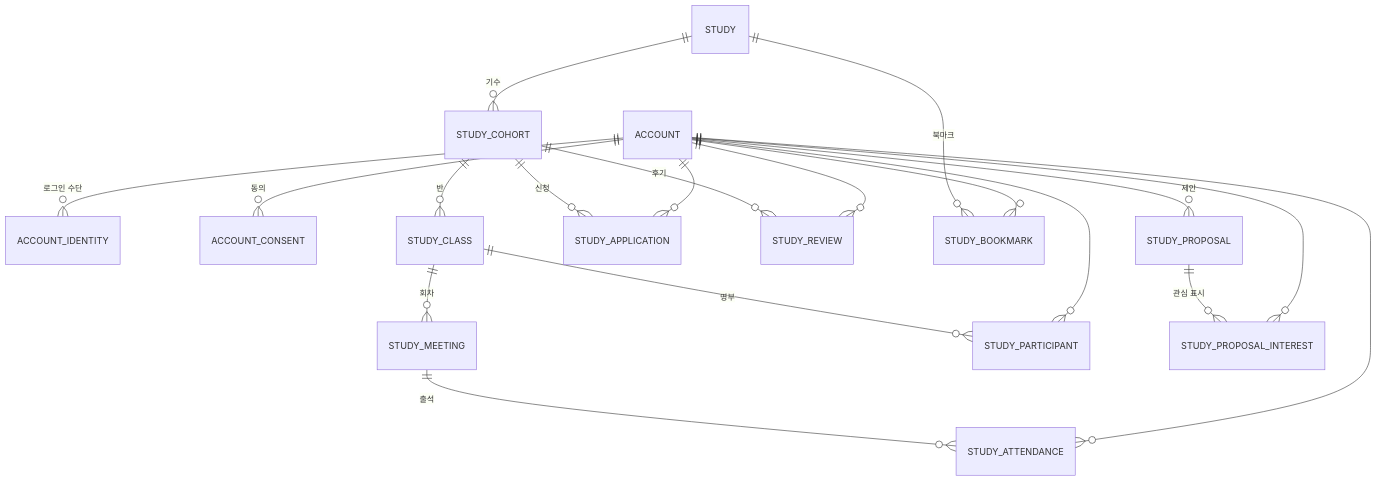
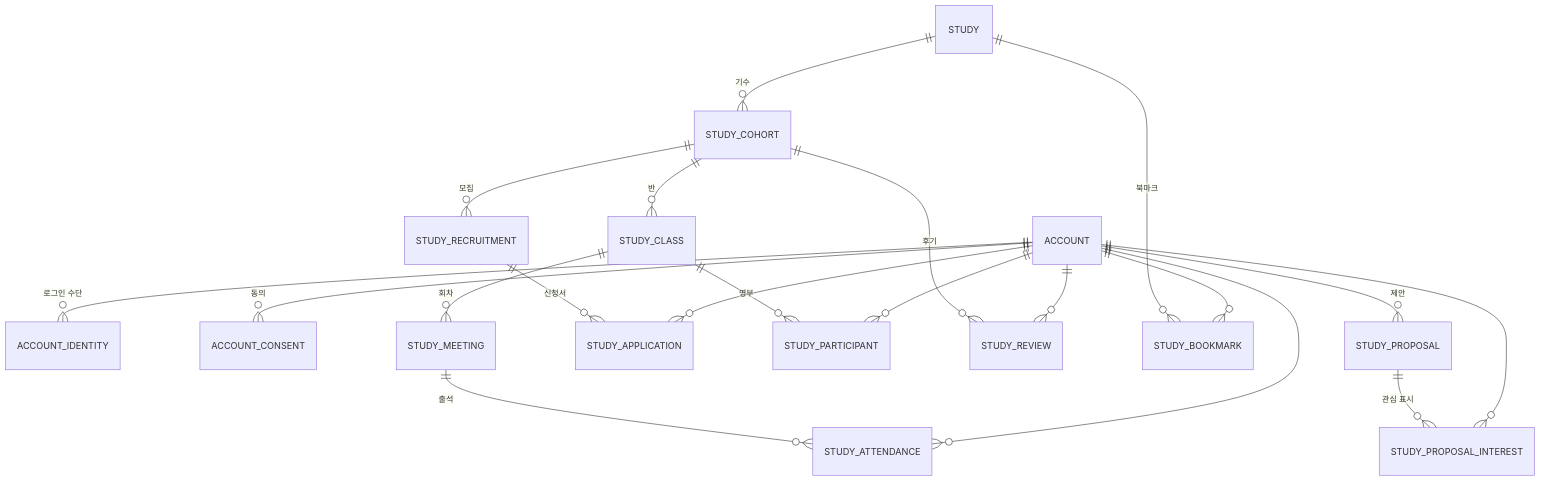
The first of 2 diagrams in docs/erd/README.md (StudyClub-PlusPlus/studyclub-engineering), drawn with Mermaid before and after one commit. The commit also changed other lines of this file and 12 other files, not shown here.

````diff
--- a/docs/erd/README.md
+++ b/docs/erd/README.md
@@ -42,21 +42,22 @@
 ```mermaid
 erDiagram
   ACCOUNT ||--o{ ACCOUNT_IDENTITY : "로그인 수단"
   ACCOUNT ||--o{ ACCOUNT_CONSENT : "동의"
   STUDY ||--o{ STUDY_COHORT : "기수"
   STUDY_COHORT ||--o{ STUDY_CLASS : "반"
   STUDY_CLASS ||--o{ STUDY_MEETING : "회차"
   STUDY_MEETING ||--o{ STUDY_ATTENDANCE : "출석"
   ACCOUNT ||--o{ STUDY_ATTENDANCE : ""
-  STUDY_COHORT ||--o{ STUDY_APPLICATION : "신청"
+  STUDY_COHORT ||--o{ STUDY_RECRUITMENT : "모집"
+  STUDY_RECRUITMENT ||--o{ STUDY_APPLICATION : "신청서"
   ACCOUNT ||--o{ STUDY_APPLICATION : ""
   STUDY_CLASS ||--o{ STUDY_PARTICIPANT : "명부"
   ACCOUNT ||--o{ STUDY_PARTICIPANT : ""
   STUDY_COHORT ||--o{ STUDY_REVIEW : "후기"
   ACCOUNT ||--o{ STUDY_REVIEW : ""
   STUDY ||--o{ STUDY_BOOKMARK : "북마크"
   ACCOUNT ||--o{ STUDY_BOOKMARK : ""
   ACCOUNT ||--o{ STUDY_PROPOSAL : "제안"
   STUDY_PROPOSAL ||--o{ STUDY_PROPOSAL_INTEREST : "관심 표시"
   ACCOUNT ||--o{ STUDY_PROPOSAL_INTEREST : ""
 ```
````
